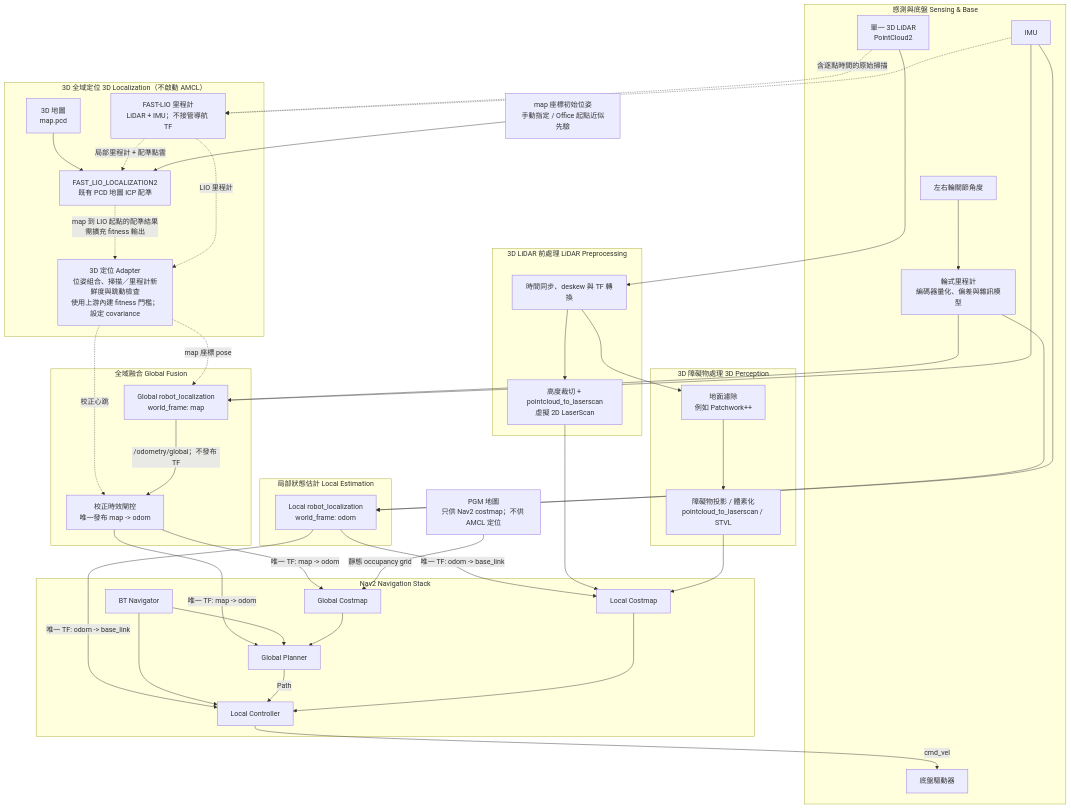
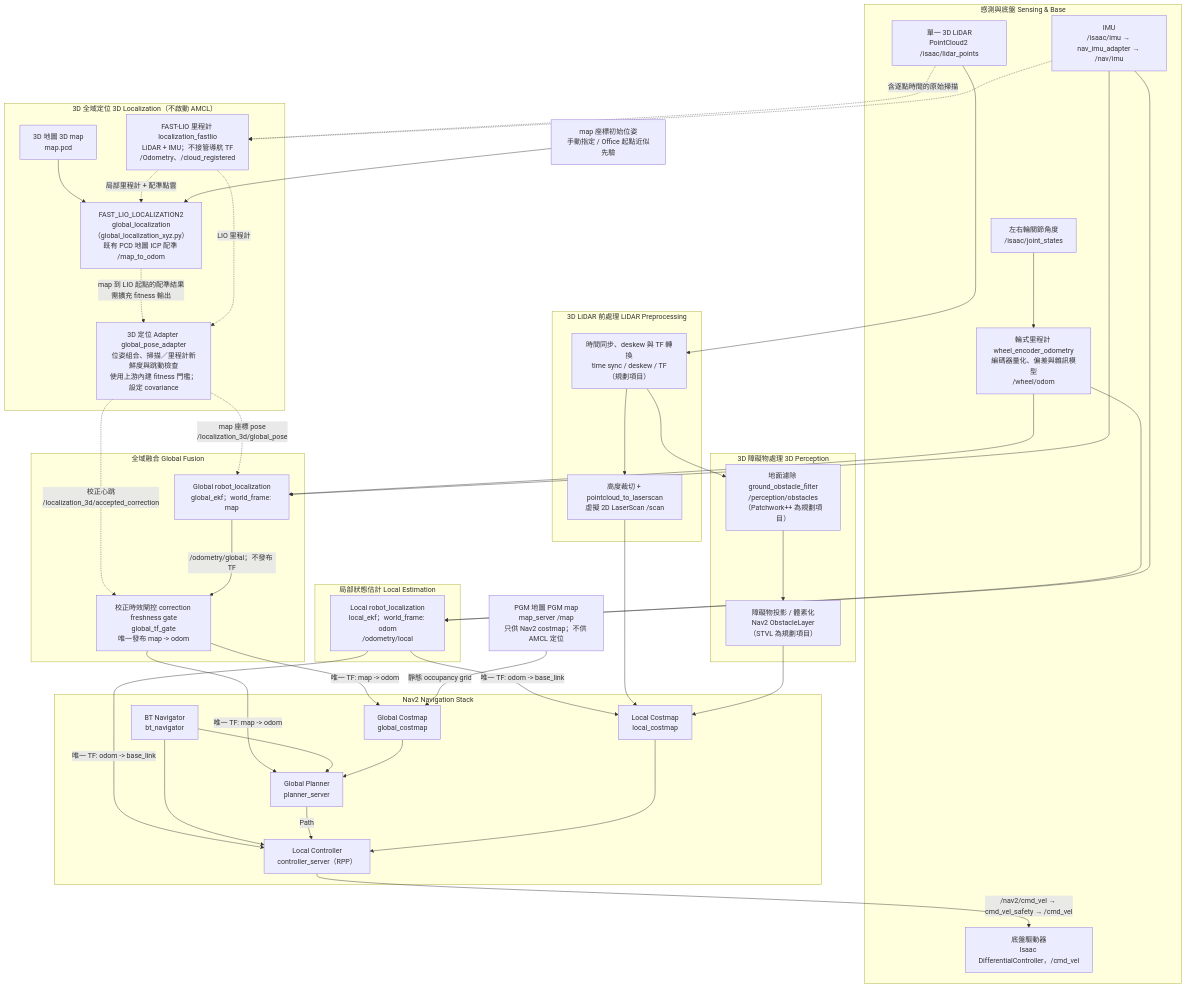
Before and after one commit to piggaycheng/isaacsim_fast-lio2-slam: the second of 2 diagrams in docs/3d_localization.md, drawn with Mermaid. The commit also changed other lines of this file, not shown here.

Commit message:
docs: label 3D localization diagrams with node and topic names

````diff
--- a/docs/3d_localization.md
+++ b/docs/3d_localization.md
@@ -43,54 +43,54 @@
 flowchart TD
     %% -------------------- 感測與底盤 --------------------
     subgraph Sensing ["感測與底盤 Sensing & Base"]
-        WheelJoints["左右輪關節角度"]
-        WheelOdom["輪式里程計<br/>編碼器量化、偏差與雜訊模型"]
-        IMU["IMU"]
-        Lidar3D["單一 3D LiDAR<br/>PointCloud2"]
-        Chassis["底盤驅動器"]
+        WheelJoints["左右輪關節角度<br/>/isaac/joint_states"]
+        WheelOdom["輪式里程計 wheel_encoder_odometry<br/>編碼器量化、偏差與雜訊模型<br/>/wheel/odom"]
+        IMU["IMU<br/>/isaac/imu → nav_imu_adapter → /nav/imu"]
+        Lidar3D["單一 3D LiDAR<br/>PointCloud2 /isaac/lidar_points"]
+        Chassis["底盤驅動器<br/>Isaac DifferentialController，/cmd_vel"]
     end
 
     %% -------------------- 點雲前處理 --------------------
     subgraph LidarPreprocessing ["3D LiDAR 前處理 LiDAR Preprocessing"]
-        Deskew["時間同步、deskew 與 TF 轉換"]
-        ScanProjection["高度裁切 + pointcloud_to_laserscan<br/>虛擬 2D LaserScan"]
+        Deskew["時間同步、deskew 與 TF 轉換<br/>time sync / deskew / TF（規劃項目）"]
+        ScanProjection["高度裁切 + pointcloud_to_laserscan<br/>虛擬 2D LaserScan /scan"]
     end
 
     %% -------------------- 局部狀態估計 --------------------
     subgraph LocalEstimation ["局部狀態估計 Local Estimation"]
-        LocalEKF["Local robot_localization<br/>world_frame: odom"]
+        LocalEKF["Local robot_localization<br/>local_ekf；world_frame: odom<br/>/odometry/local"]
     end
 
     %% -------------------- 3D 全域定位 --------------------
     subgraph Localization3D ["3D 全域定位 3D Localization（不啟動 AMCL）"]
-        PCD["3D 地圖<br/>map.pcd"]
-        FastLIO["FAST-LIO 里程計<br/>LiDAR + IMU；不接管導航 TF"]
-        FastLIOLocalization["FAST_LIO_LOCALIZATION2<br/>既有 PCD 地圖 ICP 配準"]
-        FastLIOAdapter["3D 定位 Adapter<br/>位姿組合、掃描／里程計新鮮度與跳動檢查<br/>使用上游內建 fitness 門檻；設定 covariance"]
+        PCD["3D 地圖 3D map<br/>map.pcd"]
+        FastLIO["FAST-LIO 里程計 localization_fastlio<br/>LiDAR + IMU；不接管導航 TF<br/>/Odometry、/cloud_registered"]
+        FastLIOLocalization["FAST_LIO_LOCALIZATION2<br/>global_localization（global_localization_xyz.py）<br/>既有 PCD 地圖 ICP 配準 /map_to_odom"]
+        FastLIOAdapter["3D 定位 Adapter global_pose_adapter<br/>位姿組合、掃描／里程計新鮮度與跳動檢查<br/>使用上游內建 fitness 門檻；設定 covariance"]
     end
 
     %% -------------------- 2D 導航地圖 --------------------
-    PGM["PGM 地圖<br/>只供 Nav2 costmap；不供 AMCL 定位"]
+    PGM["PGM 地圖 PGM map<br/>map_server /map<br/>只供 Nav2 costmap；不供 AMCL 定位"]
 
     %% -------------------- 全域融合 --------------------
     subgraph GlobalFusion ["全域融合 Global Fusion"]
-        GlobalEKF["Global robot_localization<br/>world_frame: map"]
-        TFGate["校正時效閘控<br/>唯一發布 map -> odom"]
+        GlobalEKF["Global robot_localization<br/>global_ekf；world_frame: map"]
+        TFGate["校正時效閘控 correction freshness gate<br/>global_tf_gate<br/>唯一發布 map -> odom"]
     end
 
     %% -------------------- 3D 障礙物處理 --------------------
     subgraph Perception3D ["3D 障礙物處理 3D Perception"]
-        GroundFilter["地面濾除<br/>例如 Patchwork++"]
-        ObstacleProjection["障礙物投影 / 體素化<br/>pointcloud_to_laserscan / STVL"]
+        GroundFilter["地面濾除 ground_obstacle_filter<br/>/perception/obstacles<br/>（Patchwork++ 為規劃項目）"]
+        ObstacleProjection["障礙物投影 / 體素化<br/>Nav2 ObstacleLayer（STVL 為規劃項目）"]
     end
 
     %% -------------------- Nav2 --------------------
     subgraph Nav2Stack ["Nav2 Navigation Stack"]
-        BTNav["BT Navigator"]
-        GlobalCostmap["Global Costmap"]
-        LocalCostmap["Local Costmap"]
-        GlobalPlanner["Global Planner"]
-        LocalController["Local Controller"]
+        BTNav["BT Navigator<br/>bt_navigator"]
+        GlobalCostmap["Global Costmap<br/>global_costmap"]
+        LocalCostmap["Local Costmap<br/>local_costmap"]
+        GlobalPlanner["Global Planner<br/>planner_server"]
+        LocalController["Local Controller<br/>controller_server（RPP）"]
     end
 
     %% 輪式里程計與局部 EKF
@@ -111,10 +111,10 @@
     InitialPose["map 座標初始位姿<br/>手動指定 / Office 起點近似先驗"] --> FastLIOLocalization
     FastLIOLocalization -.->|"map 到 LIO 起點的配準結果<br/>需擴充 fitness 輸出"| FastLIOAdapter
     FastLIO -.->|"LIO 里程計"| FastLIOAdapter
-    FastLIOAdapter -.->|"map 座標 pose"| GlobalEKF
+    FastLIOAdapter -.->|"map 座標 pose<br/>/localization_3d/global_pose"| GlobalEKF
 
     %% Global EKF 不直接發布 TF；閘控節點阻止過期校正時的 TF 更新
-    FastLIOAdapter -.->|"校正心跳"| TFGate
+    FastLIOAdapter -.->|"校正心跳<br/>/localization_3d/accepted_correction"| TFGate
     GlobalEKF -->|"/odometry/global；不發布 TF"| TFGate
     TFGate -->|"唯一 TF: map -> odom"| GlobalCostmap
     TFGate -->|"唯一 TF: map -> odom"| GlobalPlanner
@@ -133,5 +133,5 @@
     GlobalCostmap --> GlobalPlanner
     GlobalPlanner -->|"Path"| LocalController
     LocalCostmap --> LocalController
-    LocalController -->|"cmd_vel"| Chassis
+    LocalController -->|"/nav2/cmd_vel → cmd_vel_safety → /cmd_vel"| Chassis
 ```
````
